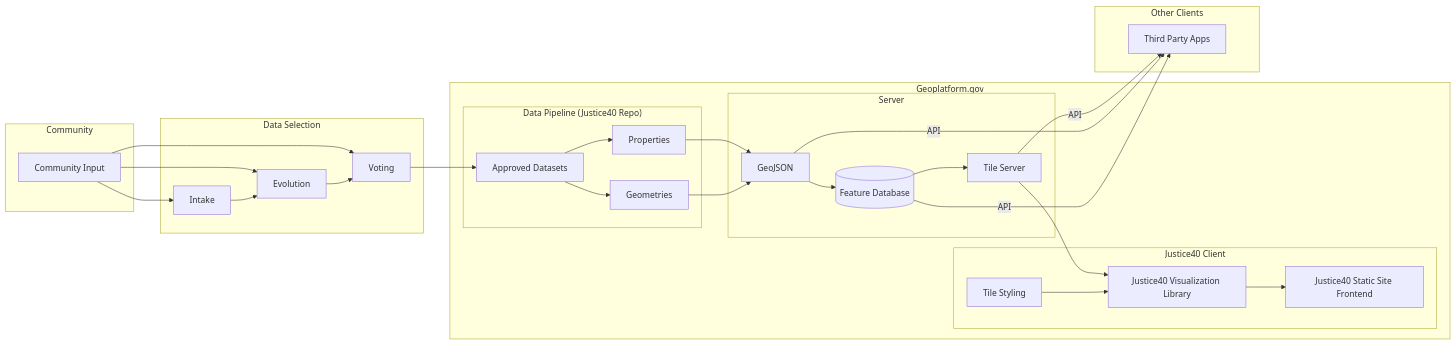
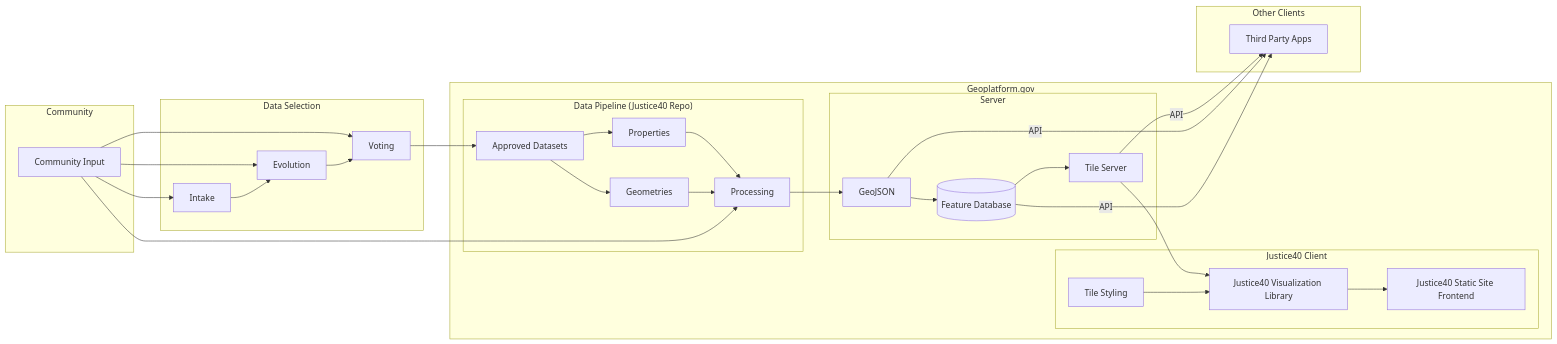
The diagram in docs/architecture/architecture.mmd (usds/justice40-tool), drawn with Mermaid before and after one commit.

Commit message:
Adding commuinity input into processing

```diff
--- a/docs/architecture/architecture.mmd
+++ b/docs/architecture/architecture.mmd
@@ -1,36 +1,38 @@
 graph LR
     subgraph c["Community"]
         input["Community Input"]
     end
 
     subgraph ds["Data Selection"]
         input --> Intake
         input --> Evolution
         input --> Voting
         Intake --> Evolution --> Voting
     end
     
     subgraph s["Geoplatform.gov"]
         subgraph dp["Data Pipeline (Justice40 Repo)"]
             Voting --> a["Approved Datasets"]
             a --> Properties
             a --> Geometries
+            Properties --> Processing
+            Geometries --> Processing
+            input --> Processing
         end
         subgraph Server
-            Properties --> GeoJSON
-            Geometries --> GeoJSON
+            Processing --> GeoJSON
             GeoJSON --> db[("Feature Database")]
             db --> tileserv["Tile Server"]
         end
             subgraph j40["Justice40 Client"]
             tileserv --> vl
             ts["Tile Styling"] --> vl["Justice40 Visualization Library"]
             vl --> fe["Justice40 Static Site Frontend"]
         end
     end
 
     subgraph oc["Other Clients"]
         tileserv -- API --> 3p["Third Party Apps"]
         GeoJSON -- API --> 3p
         db -- API --> 3p
     end
```
